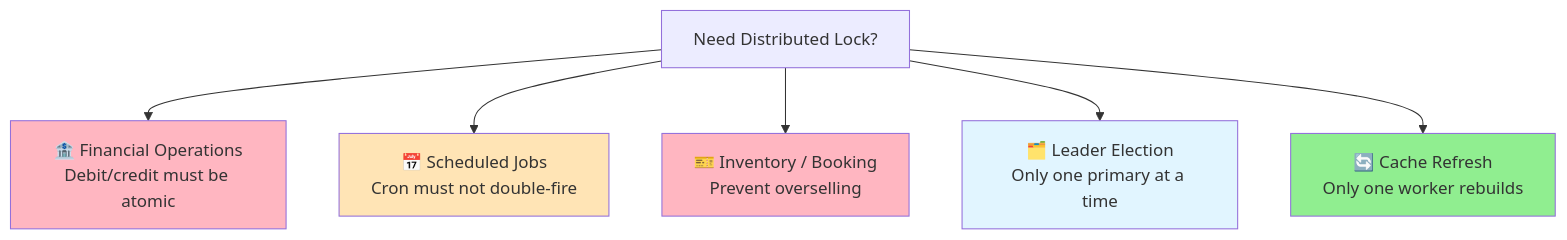
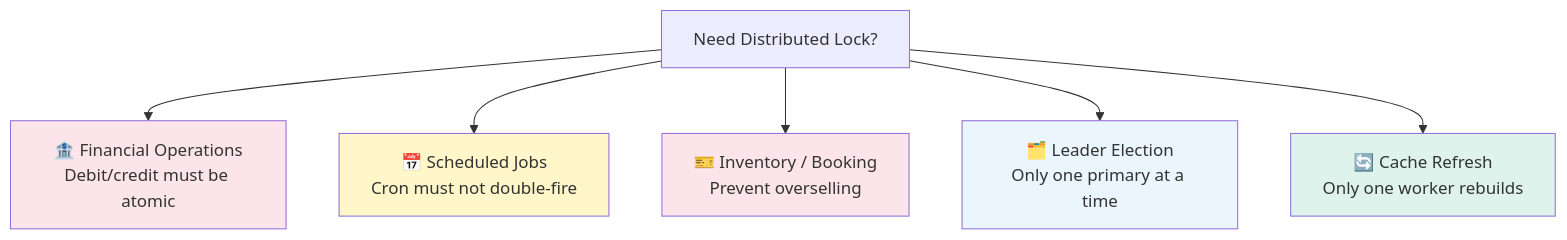
Before and after one commit to cartmancodes/InterviewVault: the second of 13 diagrams in LLD/CoreConcepts/DistributedLocking.md, drawn with Mermaid. The commit also changed other lines of this file and 679 other files, not shown here.

Commit message:
Unify content diagrams and add accessible visual walkthroughs

````diff
--- a/LLD/CoreConcepts/DistributedLocking.md
+++ b/LLD/CoreConcepts/DistributedLocking.md
@@ -43,16 +43,16 @@
 ```mermaid
 graph TB
     NEED[Need Distributed Lock?]
 
     NEED --> C1[🏦 Financial Operations<br/>Debit/credit must be atomic]
     NEED --> C2[📅 Scheduled Jobs<br/>Cron must not double-fire]
     NEED --> C3[🎫 Inventory / Booking<br/>Prevent overselling]
     NEED --> C4[🗂️ Leader Election<br/>Only one primary at a time]
     NEED --> C5[🔄 Cache Refresh<br/>Only one worker rebuilds]
 
-    style C1 fill:#FFB6C1
-    style C2 fill:#FFE4B5
-    style C3 fill:#FFB6C1
-    style C4 fill:#e1f5ff
-    style C5 fill:#90EE90
+    style C1 fill:#FCE5EA
+    style C2 fill:#FFF6C9
+    style C3 fill:#FCE5EA
+    style C4 fill:#EAF5FD
+    style C5 fill:#DDF3EC
 ```
````
